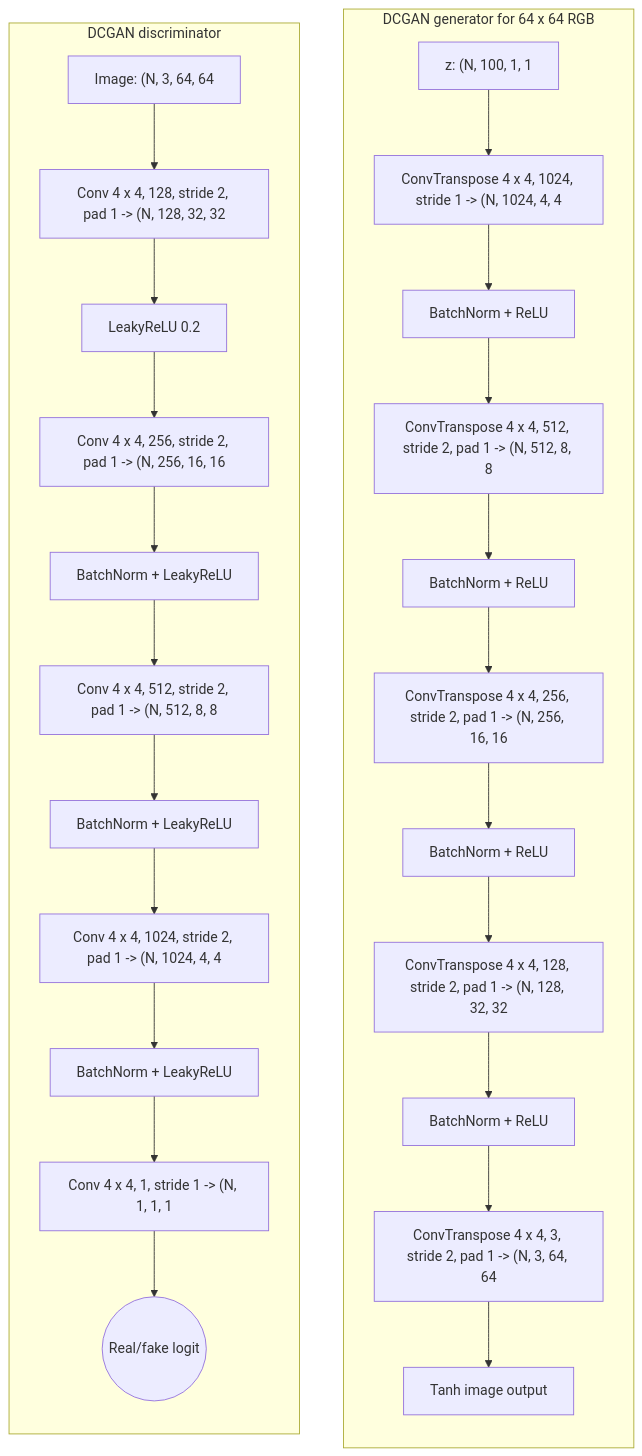
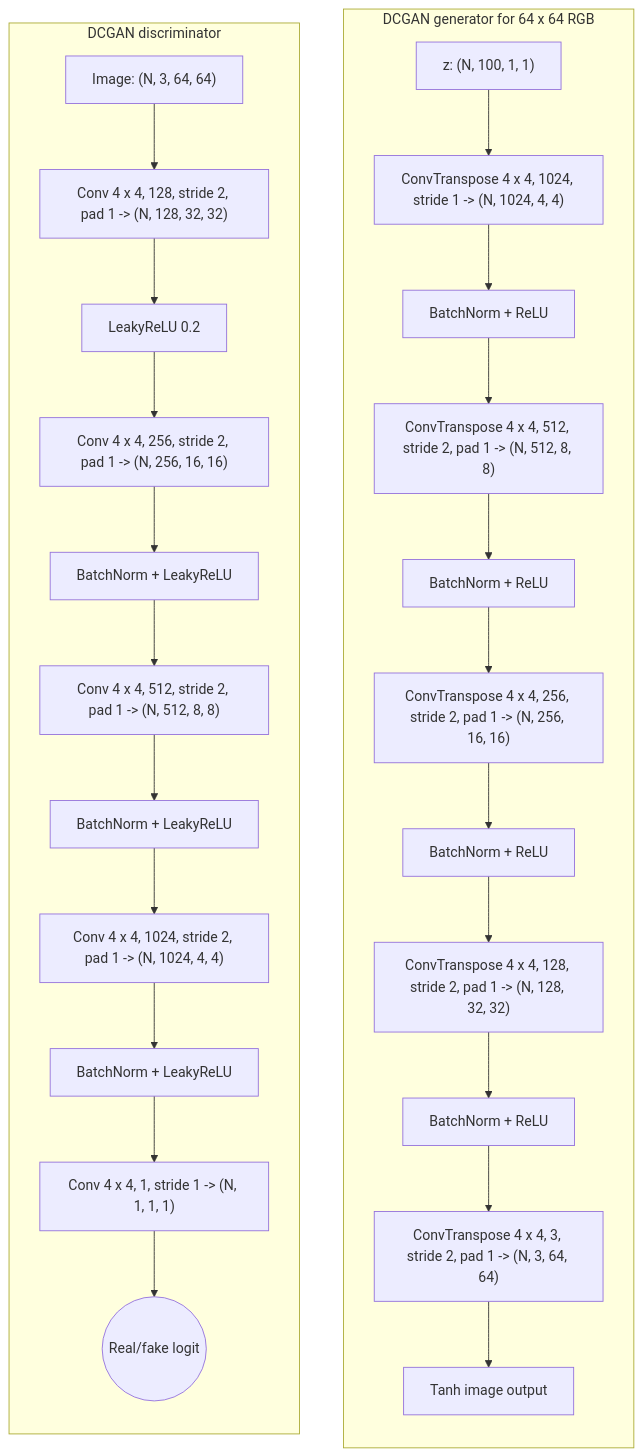
The second of 2 diagrams in docs/cs/deep-learning/generative-adversarial-networks.md (justinbrianhwang/SJ-wiki), drawn with Mermaid before and after one commit. The commit also changed other lines of this file and 955 other files, not shown here.

````diff
--- a/docs/cs/deep-learning/generative-adversarial-networks.md
+++ b/docs/cs/deep-learning/generative-adversarial-networks.md
@@ -99,30 +99,30 @@
 ```mermaid
 flowchart TB
   subgraph DCGANG["DCGAN generator for 64 x 64 RGB"]
     direction TB
-    Z["z: (N, 100, 1, 1"] --> T1["ConvTranspose 4 x 4, 1024, stride 1 -> (N, 1024, 4, 4"]
+    Z["z: (N, 100, 1, 1)"] --> T1["ConvTranspose 4 x 4, 1024, stride 1 -> (N, 1024, 4, 4)"]
     T1 --> B1["BatchNorm + ReLU"]
-    B1 --> T2["ConvTranspose 4 x 4, 512, stride 2, pad 1 -> (N, 512, 8, 8"]
+    B1 --> T2["ConvTranspose 4 x 4, 512, stride 2, pad 1 -> (N, 512, 8, 8)"]
     T2 --> B2["BatchNorm + ReLU"]
-    B2 --> T3["ConvTranspose 4 x 4, 256, stride 2, pad 1 -> (N, 256, 16, 16"]
+    B2 --> T3["ConvTranspose 4 x 4, 256, stride 2, pad 1 -> (N, 256, 16, 16)"]
     T3 --> B3["BatchNorm + ReLU"]
-    B3 --> T4["ConvTranspose 4 x 4, 128, stride 2, pad 1 -> (N, 128, 32, 32"]
+    B3 --> T4["ConvTranspose 4 x 4, 128, stride 2, pad 1 -> (N, 128, 32, 32)"]
     T4 --> B4["BatchNorm + ReLU"]
-    B4 --> T5["ConvTranspose 4 x 4, 3, stride 2, pad 1 -> (N, 3, 64, 64"]
+    B4 --> T5["ConvTranspose 4 x 4, 3, stride 2, pad 1 -> (N, 3, 64, 64)"]
     T5 --> Tanh["Tanh image output"]
   end
 
   subgraph DCGAND["DCGAN discriminator"]
     direction TB
-    Img["Image: (N, 3, 64, 64"] --> C1["Conv 4 x 4, 128, stride 2, pad 1 -> (N, 128, 32, 32"]
+    Img["Image: (N, 3, 64, 64)"] --> C1["Conv 4 x 4, 128, stride 2, pad 1 -> (N, 128, 32, 32)"]
     C1 --> L1["LeakyReLU 0.2"]
-    L1 --> C2["Conv 4 x 4, 256, stride 2, pad 1 -> (N, 256, 16, 16"]
+    L1 --> C2["Conv 4 x 4, 256, stride 2, pad 1 -> (N, 256, 16, 16)"]
     C2 --> D2["BatchNorm + LeakyReLU"]
-    D2 --> C3["Conv 4 x 4, 512, stride 2, pad 1 -> (N, 512, 8, 8"]
+    D2 --> C3["Conv 4 x 4, 512, stride 2, pad 1 -> (N, 512, 8, 8)"]
     C3 --> D3["BatchNorm + LeakyReLU"]
-    D3 --> C4["Conv 4 x 4, 1024, stride 2, pad 1 -> (N, 1024, 4, 4"]
+    D3 --> C4["Conv 4 x 4, 1024, stride 2, pad 1 -> (N, 1024, 4, 4)"]
     C4 --> D4["BatchNorm + LeakyReLU"]
-    D4 --> C5["Conv 4 x 4, 1, stride 1 -> (N, 1, 1, 1"]
+    D4 --> C5["Conv 4 x 4, 1, stride 1 -> (N, 1, 1, 1)"]
     C5 --> Logit(("Real/fake logit"))
   end
 ```
````
